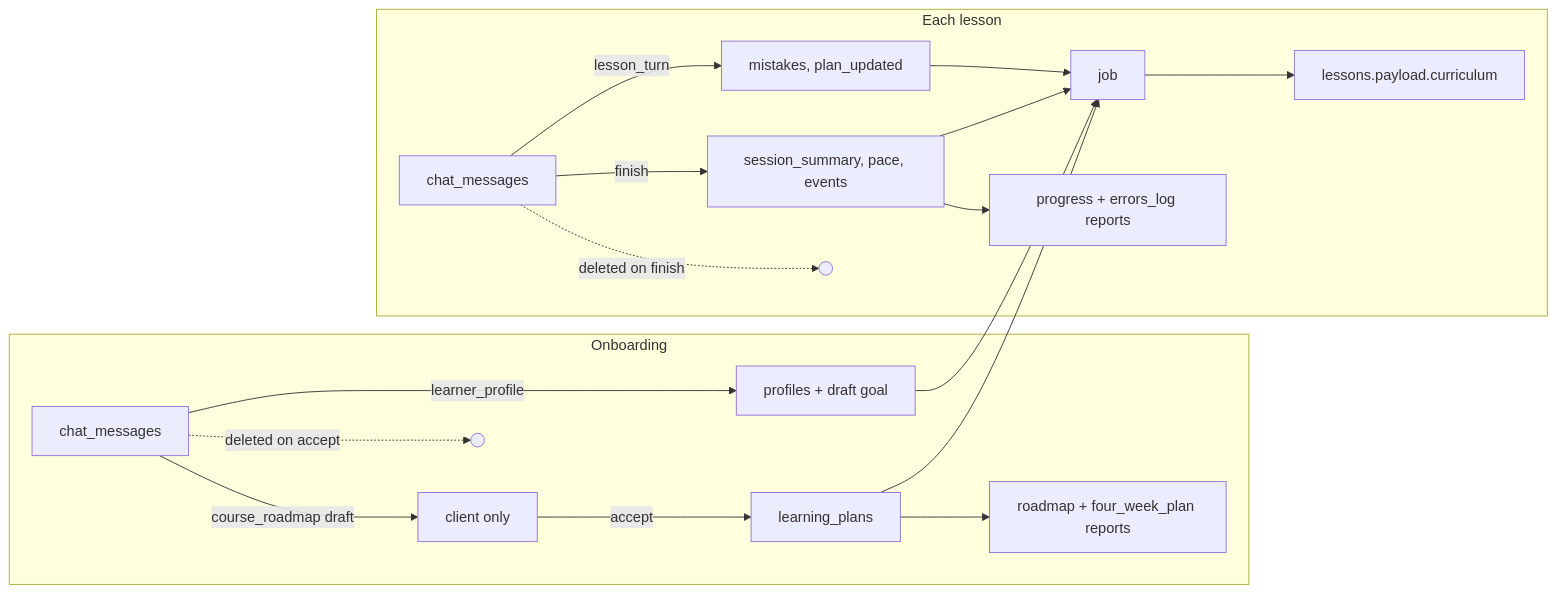
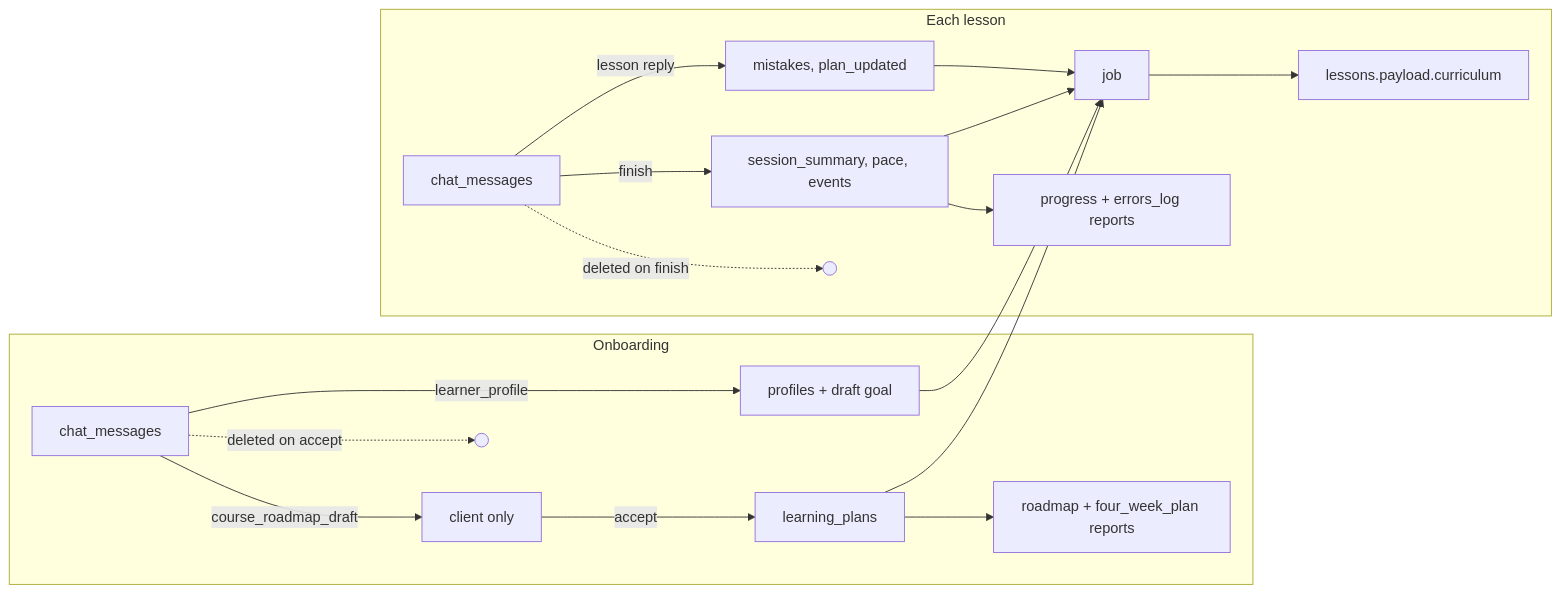
The second of 2 diagrams in docs/tech_requirements/database.md (paulpolz/lingua-coach), drawn with Mermaid before and after one commit. The commit also changed other lines of this file and 26 other files, not shown here.

````diff
--- a/docs/tech_requirements/database.md
+++ b/docs/tech_requirements/database.md
@@ -194,21 +195,21 @@
 ```mermaid
 flowchart LR
   subgraph onboarding [Onboarding]
     om[chat_messages] -->|learner_profile| pr[profiles + draft goal]
-    om -->|course_roadmap draft| client[client only]
+    om -->|course_roadmap_draft| client[client only]
     client -->|accept| lp[learning_plans]
     lp --> rr[roadmap + four_week_plan reports]
     om -. deleted on accept .-> x1(( ))
   end
   subgraph lesson [Each lesson]
     gen[job] --> cur[lessons.payload.curriculum]
-    lm[chat_messages] -->|lesson_turn| mk[mistakes, plan_updated]
+    lm[chat_messages] -->|lesson reply| mk[mistakes, plan_updated]
     lm -->|finish| ss[session_summary, pace, events]
     ss --> rp[progress + errors_log reports]
     lm -. deleted on finish .-> x2(( ))
   end
   pr --> gen
   lp --> gen
   mk --> gen
   ss --> gen
 ```
````
